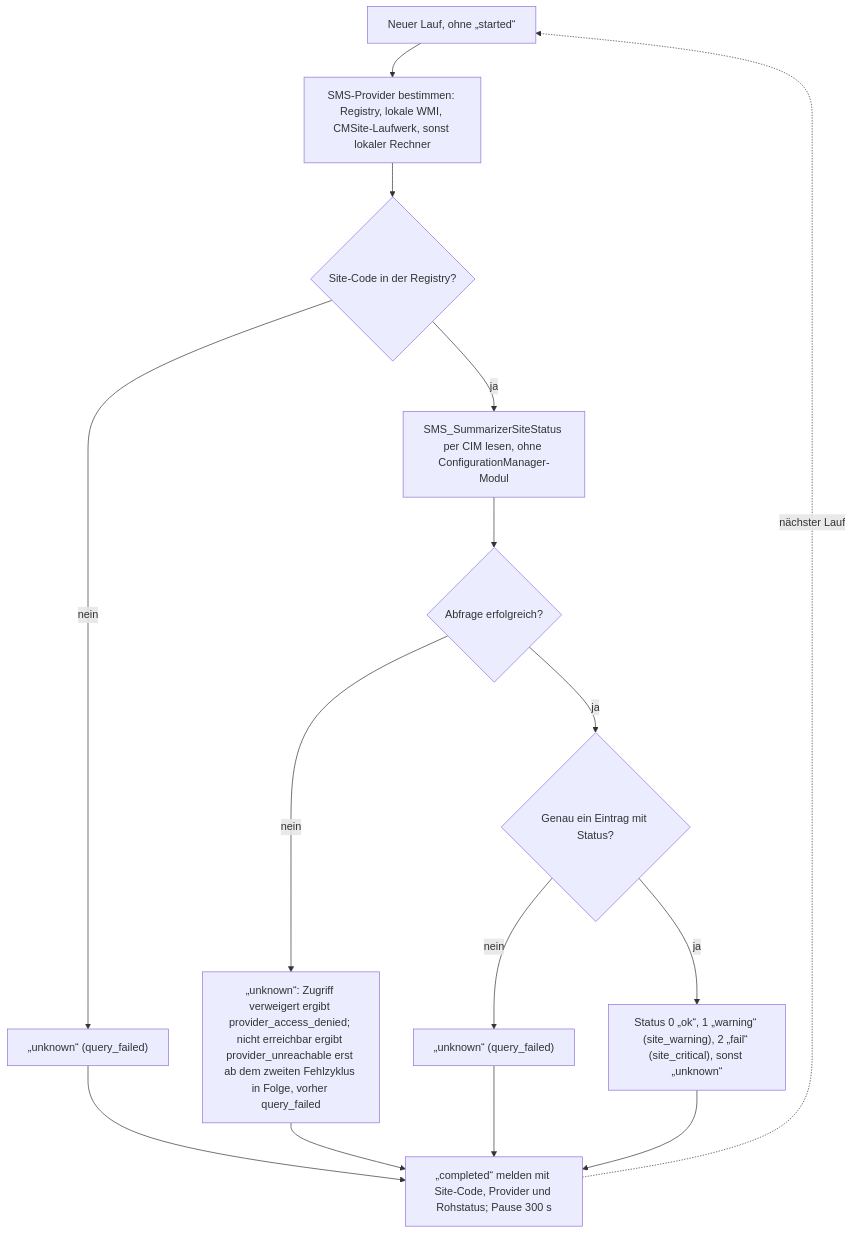
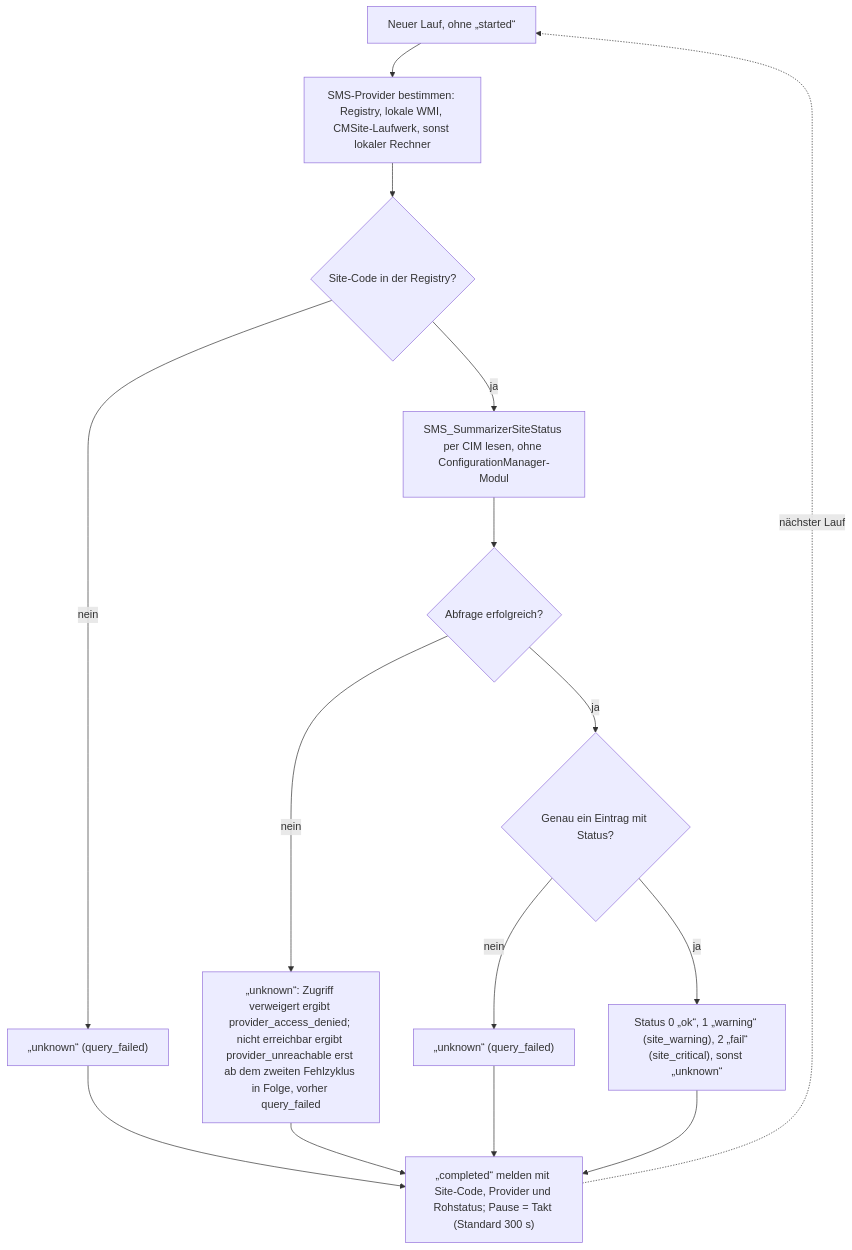
The fifth of 5 diagrams in docs/operations/mecm-scheduled-tasks.md (Samy94M/VirtuSphere-v2-WebApp), drawn with Mermaid before and after one commit. The commit also changed other lines of this file and 14 other files, not shown here.

````diff
--- a/docs/operations/mecm-scheduled-tasks.md
+++ b/docs/operations/mecm-scheduled-tasks.md
@@ -152,14 +152,14 @@
 ```mermaid
 flowchart TD
   S["Neuer Lauf, ohne „started“"] --> P["SMS-Provider bestimmen: Registry, lokale WMI, CMSite-Laufwerk, sonst lokaler Rechner"]
   P --> K{"Site-Code in der Registry?"}
   K -->|nein| U1["„unknown“ (query_failed)"] --> R
   K -->|ja| Q["SMS_SummarizerSiteStatus per CIM lesen, ohne ConfigurationManager-Modul"]
   Q --> QA{"Abfrage erfolgreich?"}
   QA -->|nein| U2["„unknown“: Zugriff verweigert ergibt provider_access_denied; nicht erreichbar ergibt provider_unreachable erst ab dem zweiten Fehlzyklus in Folge, vorher query_failed"] --> R
   QA -->|ja| E{"Genau ein Eintrag mit Status?"}
   E -->|nein| U3["„unknown“ (query_failed)"] --> R
   E -->|ja| M["Status 0 „ok“, 1 „warning“ (site_warning), 2 „fail“ (site_critical), sonst „unknown“"]
-  M --> R["„completed“ melden mit Site-Code, Provider und Rohstatus; Pause 300 s"]
+  M --> R["„completed“ melden mit Site-Code, Provider und Rohstatus; Pause = Takt (Standard 300 s)"]
   R -.->|nächster Lauf| S
 ```
````
